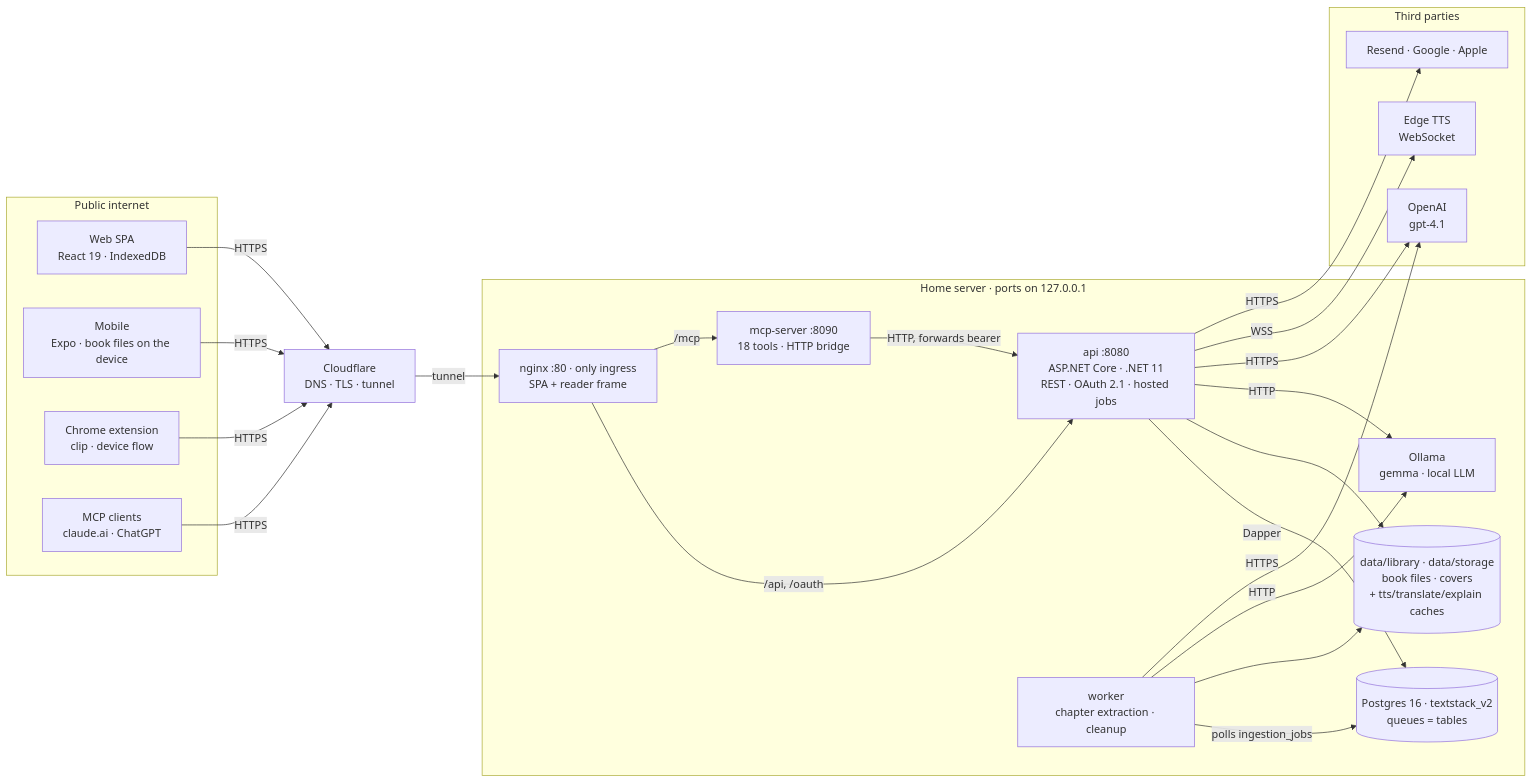
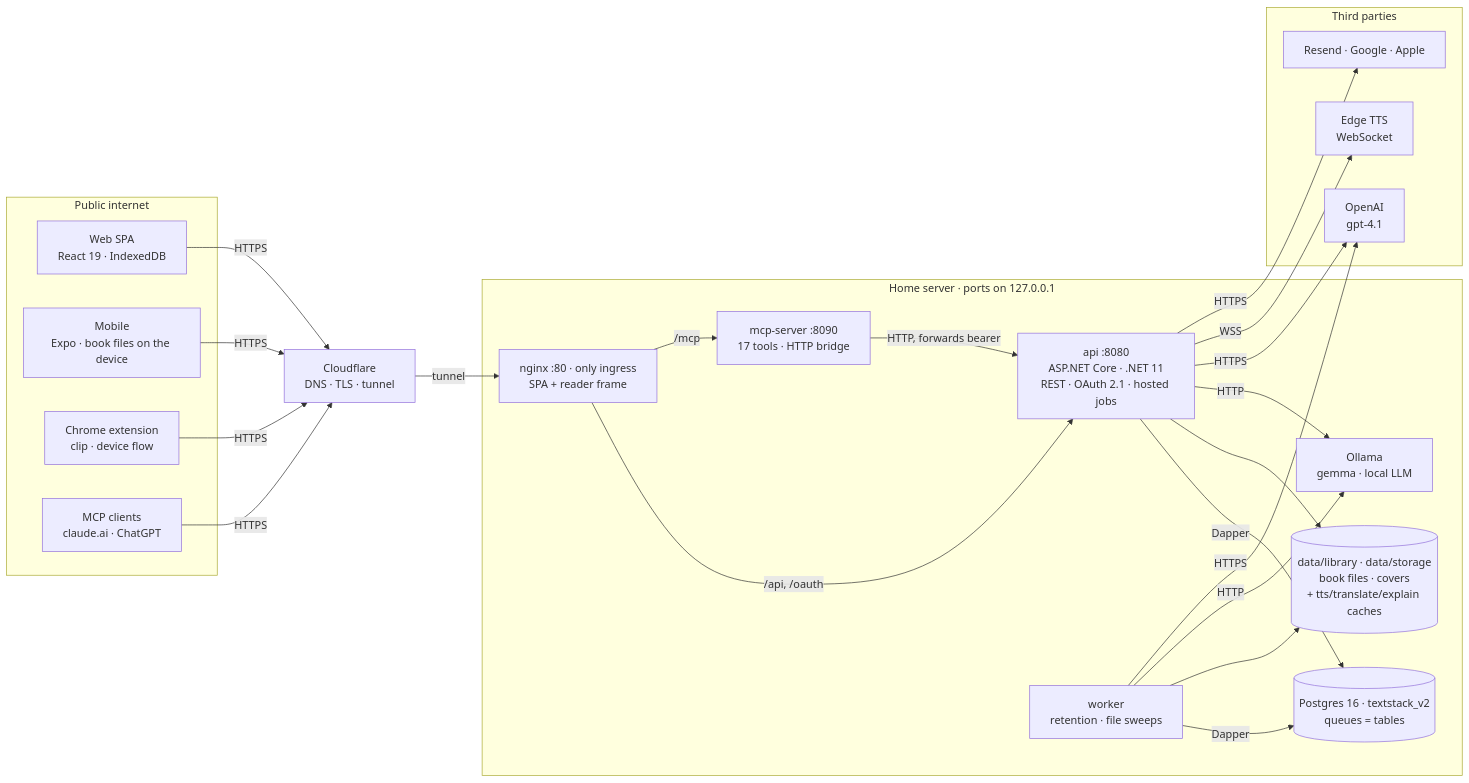
One commit to mrviduus/textstack changed the first of 4 diagrams in docs/architecture/flows.md. Above: the diagram before and after it, drawn with Mermaid. The commit also changed other lines of this file and 117 other files, not shown here.

````diff
--- a/docs/architecture/flows.md
+++ b/docs/architecture/flows.md
@@ -12,40 +12,40 @@
 ```mermaid
 flowchart LR
     subgraph internet["Public internet"]
         web["Web SPA<br/>React 19 · IndexedDB"]
         mob["Mobile<br/>Expo · book files on the device"]
         ext["Chrome extension<br/>clip · device flow"]
         mcpc["MCP clients<br/>claude.ai · ChatGPT"]
     end
 
     cf["Cloudflare<br/>DNS · TLS · tunnel"]
 
     subgraph home["Home server · ports on 127.0.0.1"]
         nginx["nginx :80 · only ingress<br/>SPA + reader frame"]
         api["api :8080<br/>ASP.NET Core · .NET 11<br/>REST · OAuth 2.1 · hosted jobs"]
-        mcp["mcp-server :8090<br/>18 tools · HTTP bridge"]
-        worker["worker<br/>chapter extraction · cleanup"]
+        mcp["mcp-server :8090<br/>17 tools · HTTP bridge"]
+        worker["worker<br/>retention · file sweeps"]
         db[("Postgres 16 · textstack_v2<br/>queues = tables")]
         fs[("data/library · data/storage<br/>book files · covers<br/>+ tts/translate/explain caches")]
         ollama["Ollama<br/>gemma · local LLM"]
     end
 
     subgraph third["Third parties"]
         openai["OpenAI<br/>gpt-4.1"]
         tts["Edge TTS<br/>WebSocket"]
         mail["Resend · Google · Apple"]
     end
 
     web & mob & ext & mcpc -->|HTTPS| cf
     cf -->|tunnel| nginx
     nginx -->|"/api, /oauth"| api
     nginx -->|/mcp| mcp
     mcp -->|"HTTP, forwards bearer"| api
     api -->|Dapper| db
-    worker -->|polls ingestion_jobs| db
+    worker -->|Dapper| db
     api & worker --> fs
     api & worker -->|HTTP| ollama
     api & worker -->|HTTPS| openai
     api -->|WSS| tts
     api -->|HTTPS| mail
 ```
````
